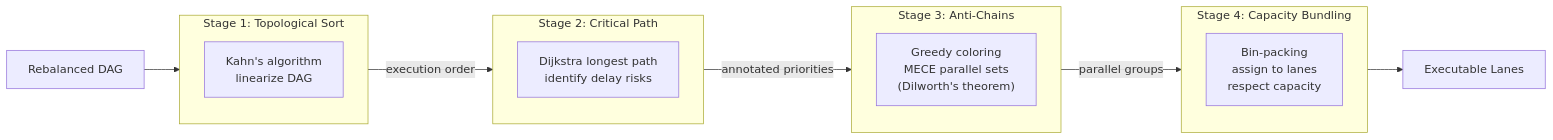
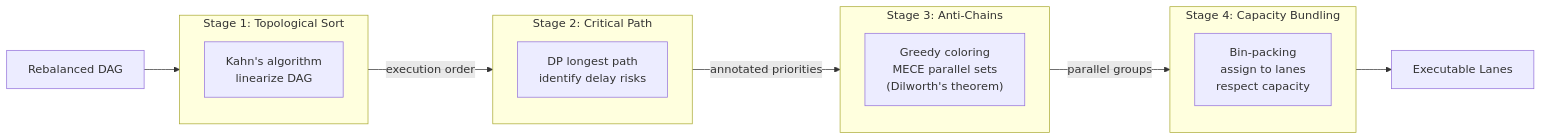
Before and after one commit to flyingrobots/xyph: the diagram in docs/canonical/SCHEDULING_AND_DAG.md, drawn with Mermaid. The commit also changed 8 other files, not shown here.

First line of the commit message:
fix: resolve review findings in Mermaid diagrams (WVR-006)

````diff
--- a/docs/canonical/SCHEDULING_AND_DAG.md
+++ b/docs/canonical/SCHEDULING_AND_DAG.md
@@ -20,24 +20,24 @@
 ```mermaid
 flowchart LR
     subgraph S1["Stage 1: Topological Sort"]
         TOPO["Kahn's algorithm\nlinearize DAG"]
     end
 
     subgraph S2["Stage 2: Critical Path"]
-        CRIT["Dijkstra longest path\nidentify delay risks"]
+        CRIT["DP longest path\nidentify delay risks"]
     end
 
     subgraph S3["Stage 3: Anti-Chains"]
         ANTI["Greedy coloring\nMECE parallel sets\n(Dilworth's theorem)"]
     end
 
     subgraph S4["Stage 4: Capacity Bundling"]
         LANE["Bin-packing\nassign to lanes\nrespect capacity"]
     end
 
     DAG["Rebalanced DAG"] --> S1
     S1 -->|"execution order"| S2
     S2 -->|"annotated priorities"| S3
     S3 -->|"parallel groups"| S4
     S4 --> OUT["Executable Lanes"]
 ```
````
